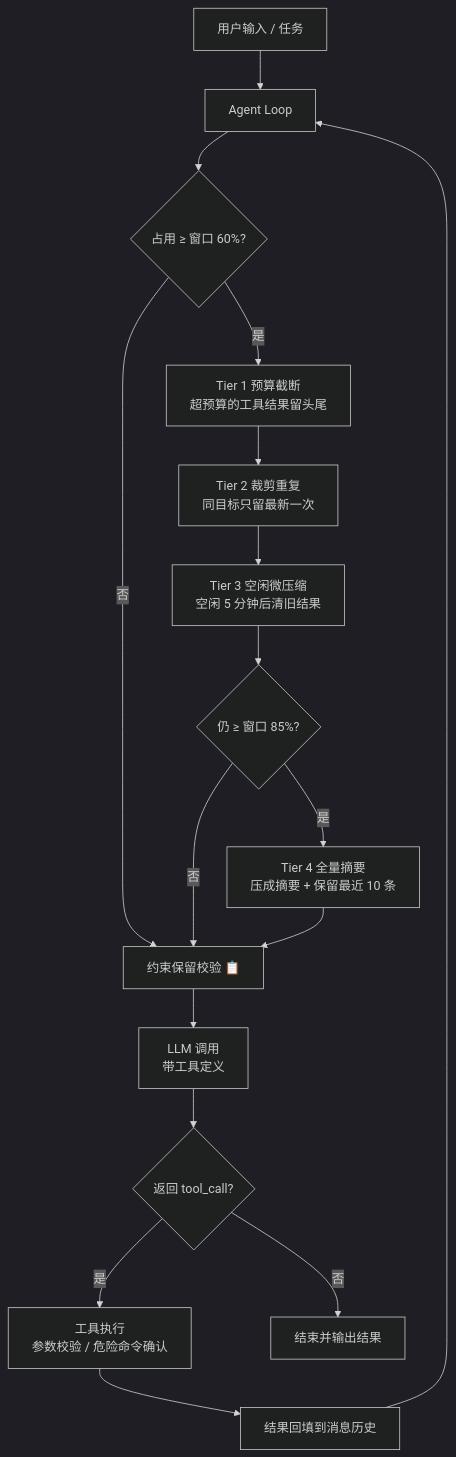
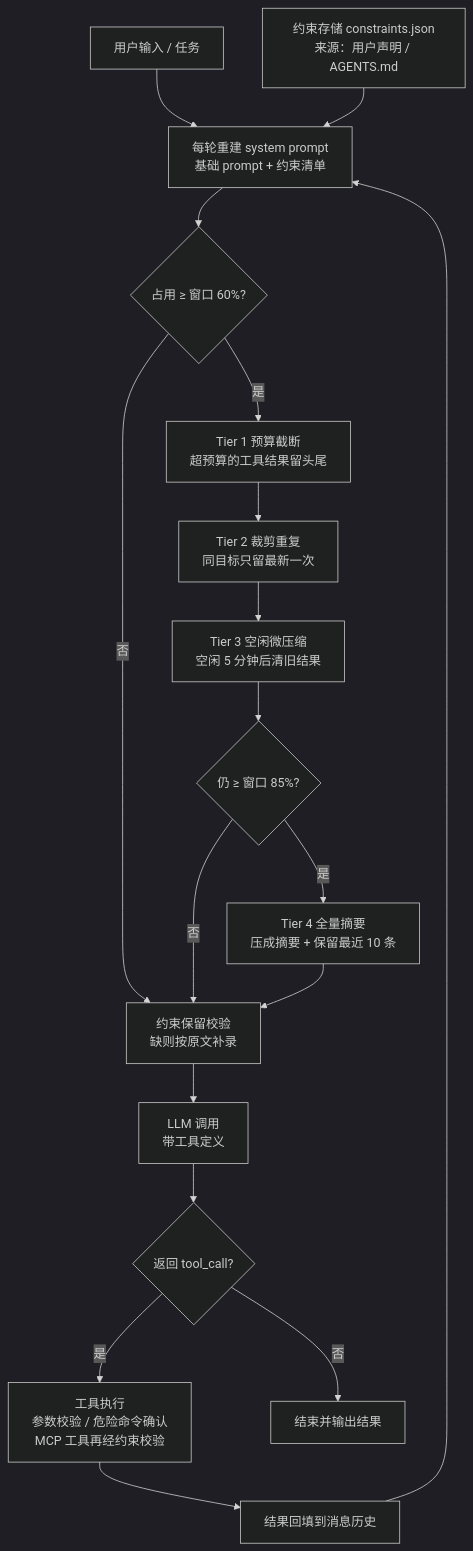
One commit to autumnieave/lite-coding-agent changed the second of 3 diagrams in docs/architecture.md. Above: the diagram before and after it, drawn with Mermaid (dark theme). The commit also changed other lines of this file and 1 other file, not shown here.

Commit message:
docs: sync architecture with Day 5-6 modules

````diff
--- a/docs/architecture.md
+++ b/docs/architecture.md
@@ -48,19 +53,20 @@
 ```mermaid
 flowchart TD
-    U[用户输入 / 任务] --> L[Agent Loop]
-    L --> G{"占用 ≥ 窗口 60%?"}
+    U[用户输入 / 任务] --> SP["每轮重建 system prompt<br/>基础 prompt + 约束清单"]
+    CS["约束存储 constraints.json<br/>来源：用户声明 / AGENTS.md"] --> SP
+    SP --> G{"占用 ≥ 窗口 60%?"}
     G -- 否 --> K
     G -- 是 --> T1["Tier 1 预算截断<br/>超预算的工具结果留头尾"]
     T1 --> T2["Tier 2 裁剪重复<br/>同目标只留最新一次"]
     T2 --> T3["Tier 3 空闲微压缩<br/>空闲 5 分钟后清旧结果"]
     T3 --> H{"仍 ≥ 窗口 85%?"}
     H -- 是 --> T4["Tier 4 全量摘要<br/>压成摘要 + 保留最近 10 条"]
-    H -- 否 --> K["约束保留校验 📋"]
-    T4 --> K
+    H -- 否 --> K
+    T4 --> K["约束保留校验<br/>缺则按原文补录"]
     K --> LM[LLM 调用<br/>带工具定义]
     LM --> Q{返回 tool_call?}
-    Q -- 是 --> T[工具执行<br/>参数校验 / 危险命令确认]
+    Q -- 是 --> T["工具执行<br/>参数校验 / 危险命令确认<br/>MCP 工具再经约束校验"]
     T --> R[结果回填到消息历史]
-    R --> L
+    R --> SP
     Q -- 否 --> F[结束并输出结果]
 ```
````
